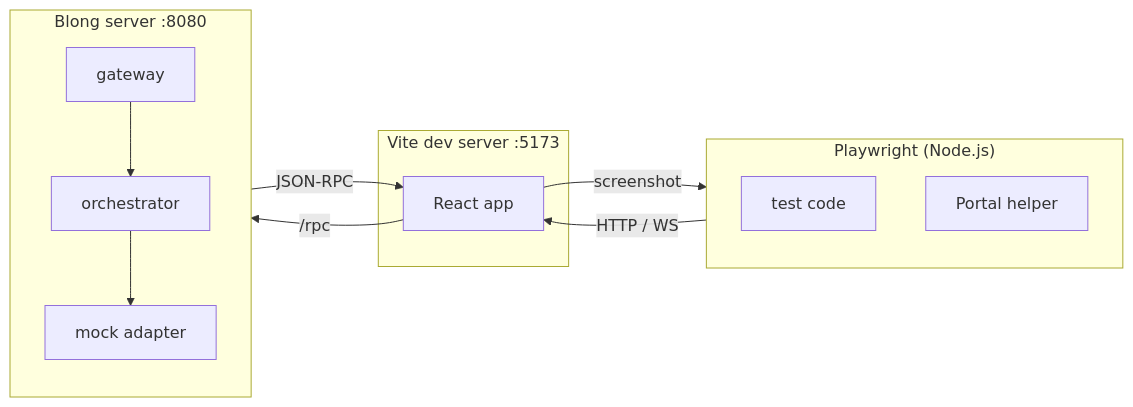
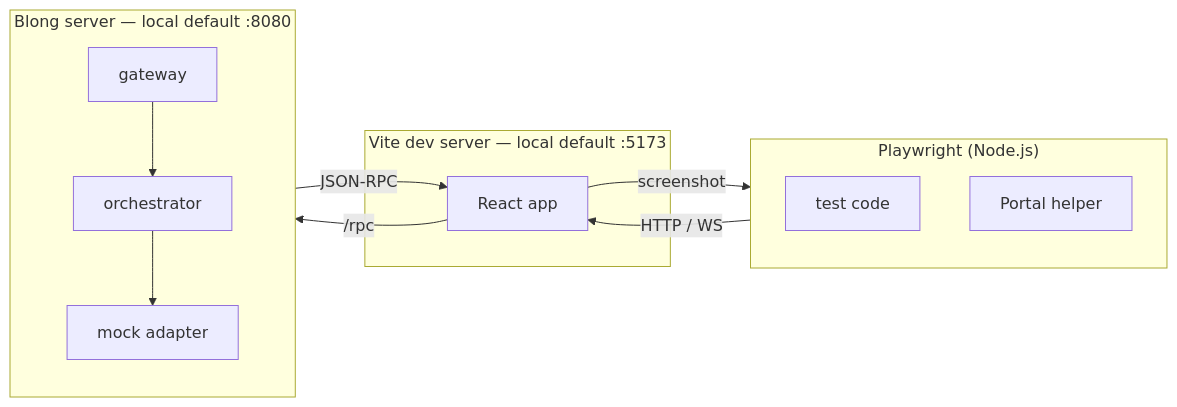
The diagram in docs/blong/docs/concepts/playwright.md (feasibleone/blong), drawn with Mermaid before and after one commit. The commit also changed other lines of this file and 122 other files, not shown here.

````diff
--- a/docs/blong/docs/concepts/playwright.md
+++ b/docs/blong/docs/concepts/playwright.md
@@ -30,23 +30,23 @@
 ```mermaid
 flowchart LR
     subgraph pw["Playwright (Node.js)"]
         direction TB
         t["test code"]
         portal["Portal helper"]
     end
-    subgraph vite["Vite dev server :5173"]
+    subgraph vite["Vite dev server — local default :5173"]
         app["React app"]
     end
-    subgraph srv["Blong server :8080"]
+    subgraph srv["Blong server — local default :8080"]
         direction TB
         gw["gateway"]
         orc["orchestrator"]
         mock["mock adapter"]
     end
 
     t -->|"HTTP / WS"| app
     app -->|"/rpc"| gw
     gw --> orc --> mock
     mock -->|"JSON-RPC"| app
     app -->|"screenshot"| portal
 ```
````
